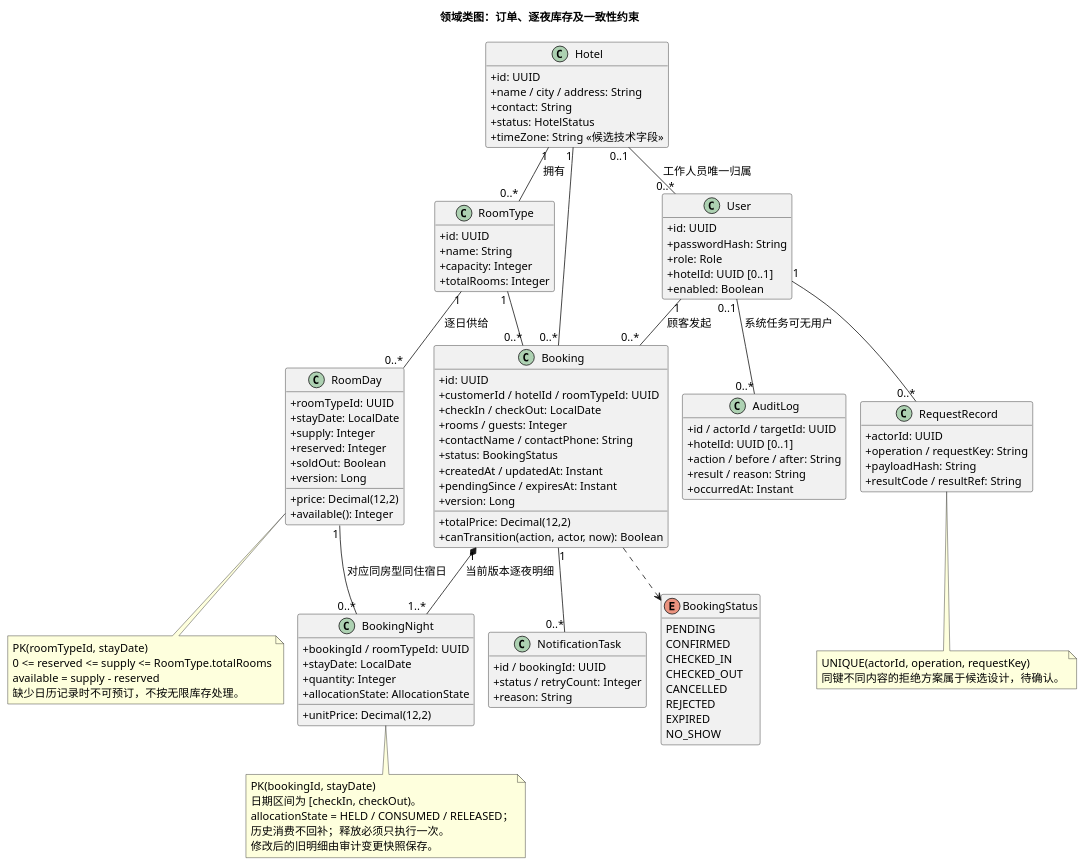
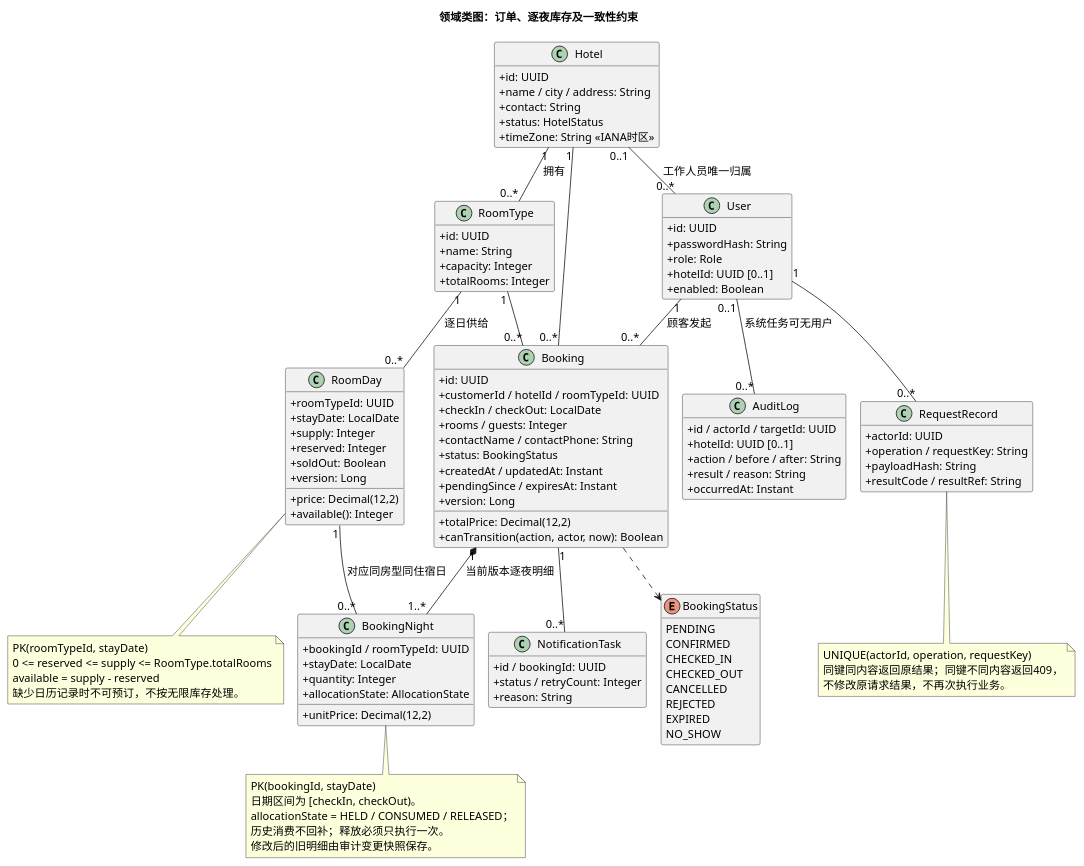
One commit to bear0327/software-engineering-lab changed the diagram in 实验2_241820122_商世雄/UML/02_领域类图.puml. Above: the diagram before and after it, drawn with PlantUML. The commit also changed 18 other files, not shown here.

```diff
--- a/实验2_241820122_商世雄/UML/02_领域类图.puml
+++ b/实验2_241820122_商世雄/UML/02_领域类图.puml
@@ -1,117 +1,118 @@
 @startuml
 !pragma layout smetana
 title 领域类图：订单、逐夜库存及一致性约束
 skinparam defaultFontName Microsoft YaHei
 skinparam defaultFontSize 14
 skinparam shadowing false
 skinparam classAttributeIconSize 0
 skinparam backgroundColor white
 hide empty methods
 class User {
   +id: UUID
   +passwordHash: String
   +role: Role
   +hotelId: UUID [0..1]
   +enabled: Boolean
 }
 class Hotel {
   +id: UUID
   +name / city / address: String
   +contact: String
   +status: HotelStatus
-  +timeZone: String <<候选技术字段>>
+  +timeZone: String <<IANA时区>>
 }
 class RoomType {
   +id: UUID
   +name: String
   +capacity: Integer
   +totalRooms: Integer
 }
 class RoomDay {
   +roomTypeId: UUID
   +stayDate: LocalDate
   +supply: Integer
   +reserved: Integer
   +soldOut: Boolean
   +price: Decimal(12,2)
   +version: Long
   +available(): Integer
 }
 class Booking {
   +id: UUID
   +customerId / hotelId / roomTypeId: UUID
   +checkIn / checkOut: LocalDate
   +rooms / guests: Integer
   +contactName / contactPhone: String
   +status: BookingStatus
   +totalPrice: Decimal(12,2)
   +createdAt / updatedAt: Instant
   +pendingSince / expiresAt: Instant
   +version: Long
   +canTransition(action, actor, now): Boolean
 }
 class BookingNight {
   +bookingId / roomTypeId: UUID
   +stayDate: LocalDate
   +unitPrice: Decimal(12,2)
   +quantity: Integer
   +allocationState: AllocationState
 }
 class RequestRecord {
   +actorId: UUID
   +operation / requestKey: String
   +payloadHash: String
   +resultCode / resultRef: String
 }
 class AuditLog {
   +id / actorId / targetId: UUID
   +hotelId: UUID [0..1]
   +action / before / after: String
   +result / reason: String
   +occurredAt: Instant
 }
 class NotificationTask {
   +id / bookingId: UUID
   +status / retryCount: Integer
   +reason: String
 }
 enum BookingStatus {
   PENDING
   CONFIRMED
   CHECKED_IN
   CHECKED_OUT
   CANCELLED
   REJECTED
   EXPIRED
   NO_SHOW
 }
 Hotel "1" -- "0..*" RoomType : 拥有
 Hotel "0..1" -- "0..*" User : 工作人员唯一归属
 RoomType "1" -- "0..*" RoomDay : 逐日供给
 User "1" -- "0..*" Booking : 顾客发起
 Hotel "1" -- "0..*" Booking
 RoomType "1" -- "0..*" Booking
 Booking "1" *-- "1..*" BookingNight : 当前版本逐夜明细
 RoomDay "1" -- "0..*" BookingNight : 对应同房型同住宿日
 User "1" -- "0..*" RequestRecord
 User "0..1" -- "0..*" AuditLog : 系统任务可无用户
 Booking "1" -- "0..*" NotificationTask
 Booking ..> BookingStatus
 note bottom of RoomDay
 PK(roomTypeId, stayDate)
 0 <= reserved <= supply <= RoomType.totalRooms
 available = supply - reserved
 缺少日历记录时不可预订，不按无限库存处理。
 end note
 note bottom of BookingNight
 PK(bookingId, stayDate)
 日期区间为 [checkIn, checkOut)。
 allocationState = HELD / CONSUMED / RELEASED；
 历史消费不回补；释放必须只执行一次。
 修改后的旧明细由审计变更快照保存。
 end note
 note bottom of RequestRecord
 UNIQUE(actorId, operation, requestKey)
-同键不同内容的拒绝方案属于候选设计，待确认。
+同键同内容返回原结果；同键不同内容返回409，
+不修改原请求结果，不再次执行业务。
 end note
 @enduml
```
